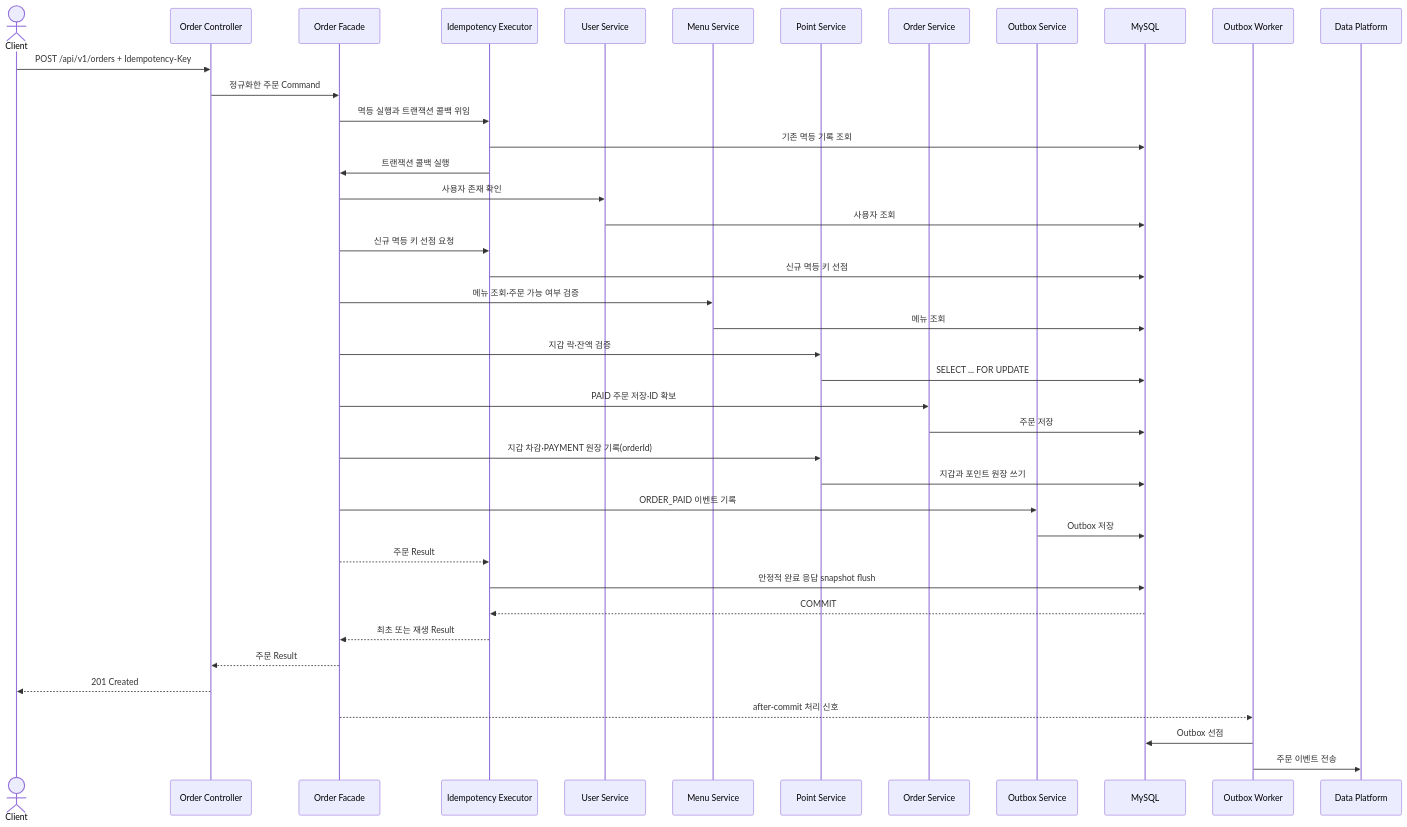
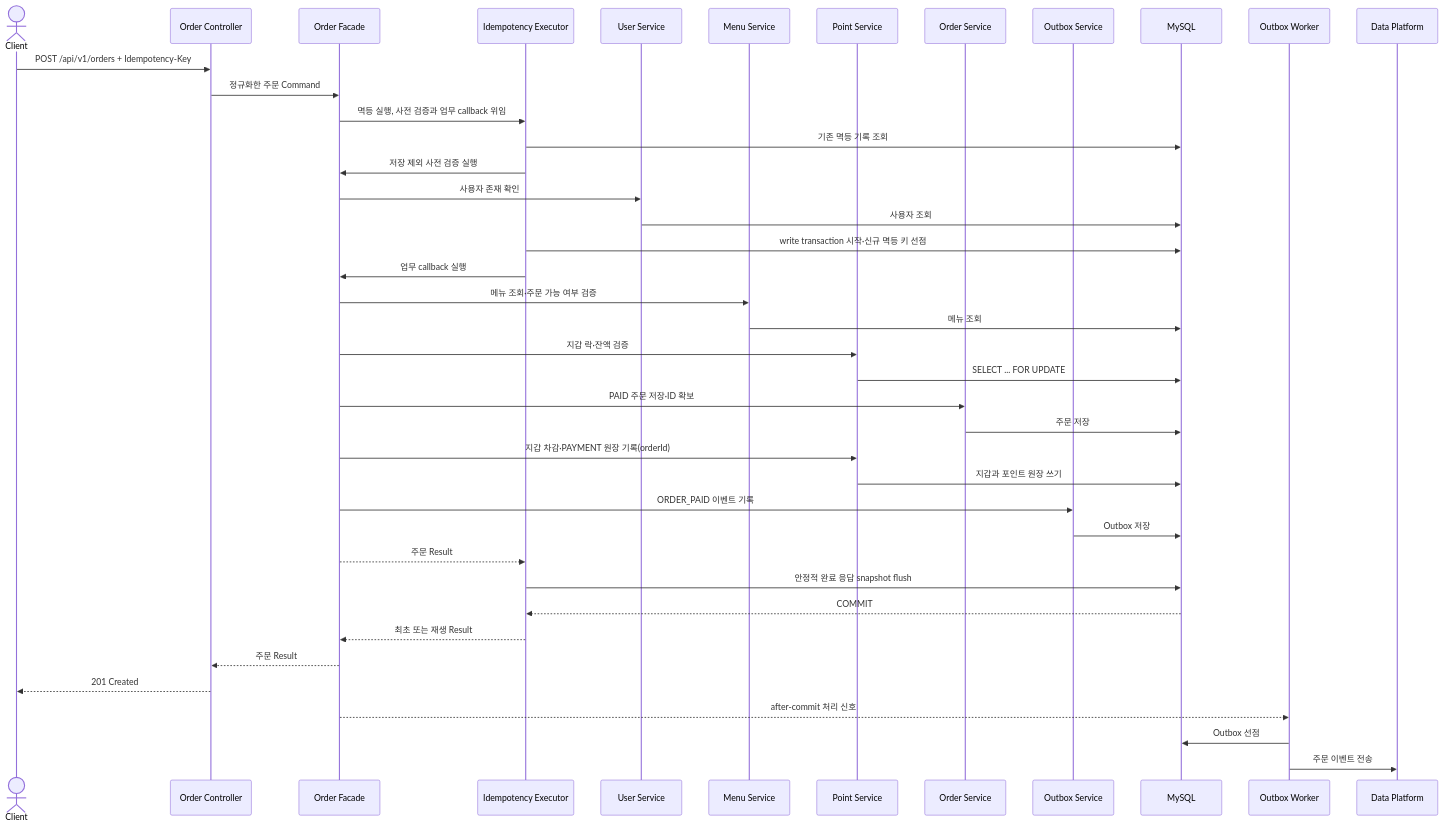
Before and after one commit to vanilalatte03/coffee-order-system: the fourth of 4 diagrams in docs/ARCHITECTURE.md, drawn with Mermaid. The commit also changed other lines of this file and 3 other files, not shown here.

````diff
--- a/docs/ARCHITECTURE.md
+++ b/docs/ARCHITECTURE.md
@@ -163,44 +163,44 @@
 ```mermaid
 sequenceDiagram
     actor C as Client
     participant API as Order Controller
     participant O as Order Facade
     participant I as Idempotency Executor
     participant U as User Service
     participant M as Menu Service
     participant PS as Point Service
     participant OS as Order Service
     participant X as Outbox Service
     participant DB as MySQL
     participant W as Outbox Worker
     participant DP as Data Platform
 
     C->>API: POST /api/v1/orders + Idempotency-Key
     API->>O: 정규화한 주문 Command
-    O->>I: 멱등 실행과 트랜잭션 콜백 위임
+    O->>I: 멱등 실행, 사전 검증과 업무 callback 위임
     I->>DB: 기존 멱등 기록 조회
-    I->>O: 트랜잭션 콜백 실행
+    I->>O: 저장 제외 사전 검증 실행
     O->>U: 사용자 존재 확인
     U->>DB: 사용자 조회
-    O->>I: 신규 멱등 키 선점 요청
-    I->>DB: 신규 멱등 키 선점
+    I->>DB: write transaction 시작·신규 멱등 키 선점
+    I->>O: 업무 callback 실행
     O->>M: 메뉴 조회·주문 가능 여부 검증
     M->>DB: 메뉴 조회
     O->>PS: 지갑 락·잔액 검증
     PS->>DB: SELECT ... FOR UPDATE
     O->>OS: PAID 주문 저장·ID 확보
     OS->>DB: 주문 저장
     O->>PS: 지갑 차감·PAYMENT 원장 기록(orderId)
     PS->>DB: 지갑과 포인트 원장 쓰기
     O->>X: ORDER_PAID 이벤트 기록
     X->>DB: Outbox 저장
     O-->>I: 주문 Result
     I->>DB: 안정적 완료 응답 snapshot flush
     DB-->>I: COMMIT
     I-->>O: 최초 또는 재생 Result
     O-->>API: 주문 Result
     API-->>C: 201 Created
     O-->>W: after-commit 처리 신호
     W->>DB: Outbox 선점
     W->>DP: 주문 이벤트 전송
 ```
````
